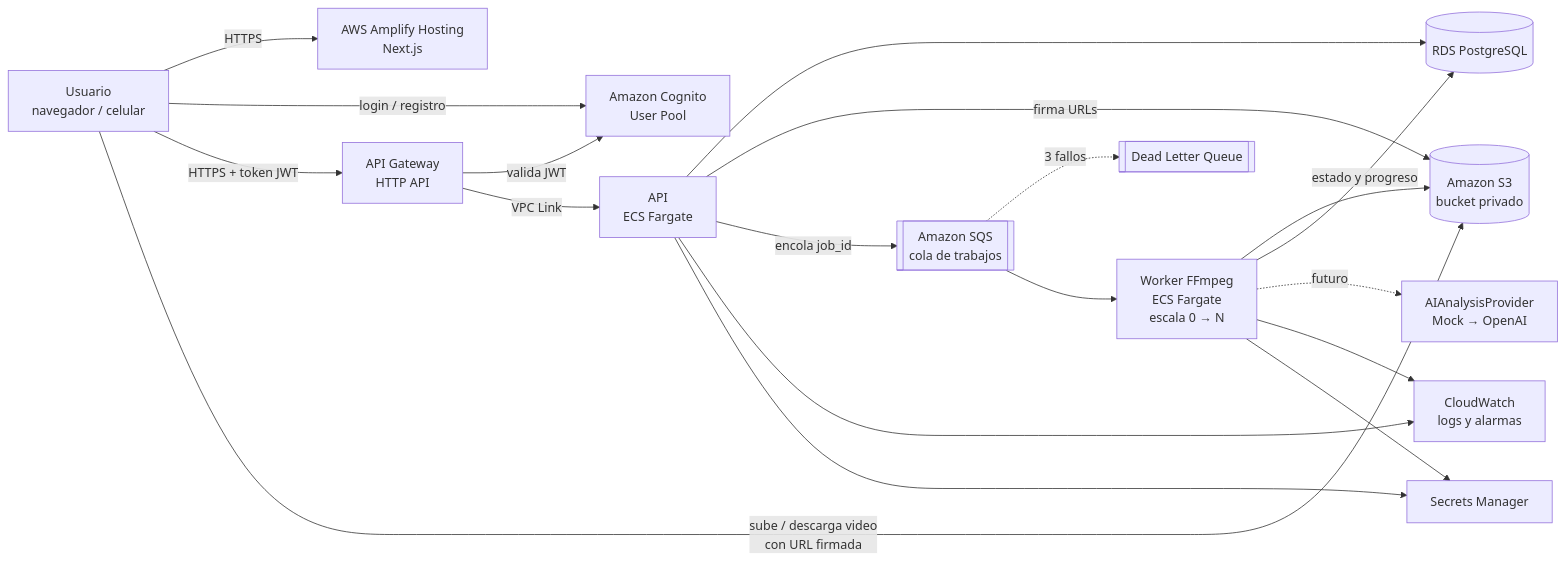
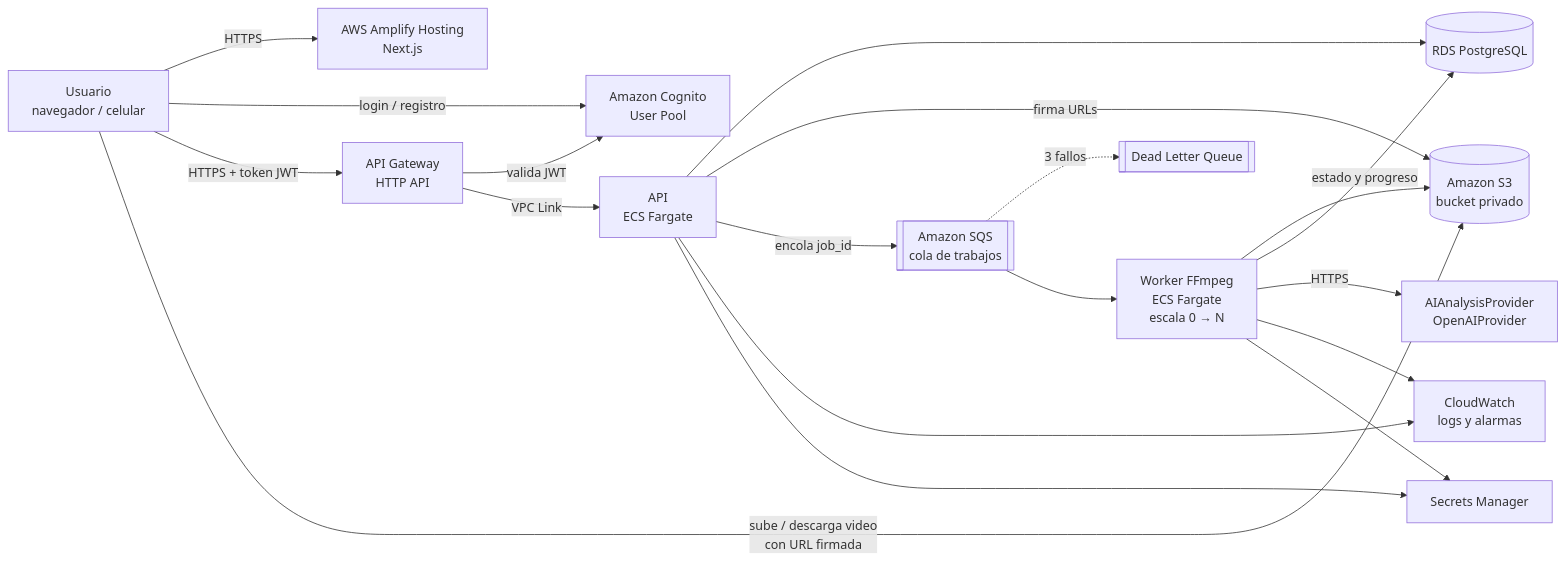
Before and after one commit to marlonduarte177-ux/clipflow-: the first of 5 diagrams in docs/fase-2-arquitectura.md, drawn with Mermaid. The commit also changed other lines of this file and 2 other files, not shown here.

First line of the commit message:
docs: use OpenAI from the first version behind AIAnalysisProvider

````diff
--- a/docs/fase-2-arquitectura.md
+++ b/docs/fase-2-arquitectura.md
@@ -12,23 +12,23 @@
 ```mermaid
 flowchart LR
     U[Usuario<br/>navegador / celular] -->|HTTPS| AMP[AWS Amplify Hosting<br/>Next.js]
     U -->|login / registro| COG[Amazon Cognito<br/>User Pool]
     U -->|HTTPS + token JWT| APIGW[API Gateway<br/>HTTP API]
     U -->|sube / descarga video<br/>con URL firmada| S3[(Amazon S3<br/>bucket privado)]
 
     APIGW -->|valida JWT| COG
     APIGW -->|VPC Link| API[API<br/>ECS Fargate]
 
     API --> RDS[(RDS PostgreSQL)]
     API -->|firma URLs| S3
     API -->|encola job_id| SQS[[Amazon SQS<br/>cola de trabajos]]
     SQS -.->|3 fallos| DLQ[[Dead Letter Queue]]
 
     SQS --> W[Worker FFmpeg<br/>ECS Fargate<br/>escala 0 → N]
     W --> S3
     W -->|estado y progreso| RDS
-    W -. futuro .-> AI[AIAnalysisProvider<br/>Mock → OpenAI]
+    W -->|HTTPS| AI[AIAnalysisProvider<br/>OpenAIProvider]
 
     API & W --> CW[CloudWatch<br/>logs y alarmas]
     API & W --> SM[Secrets Manager]
 ```
````
